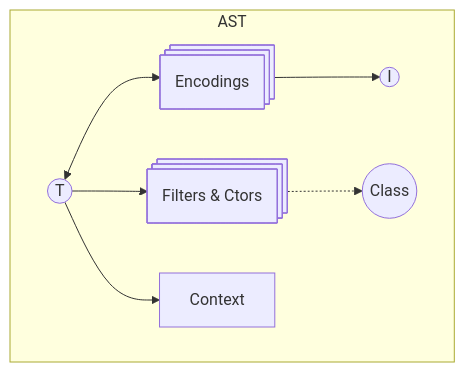
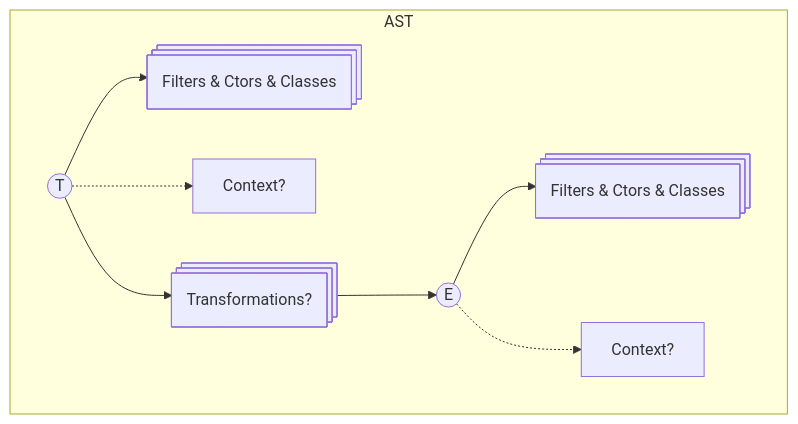
The first of 2 diagrams in SCHEMA.md (Effect-TS/effect-smol), drawn with Mermaid before and after one commit. The commit also changed other lines of this file and 1 other file, not shown here.

````diff
--- a/SCHEMA.md
+++ b/SCHEMA.md
@@ -5,15 +5,16 @@
 ```mermaid
 flowchart TD
   subgraph AST
-    C@{ shape: procs, label: "Filters & Ctors"}
-    A@{ shape: circle, label: "T" }
-    B@{ shape: procs, label: "Encodings"}
-    D@{ shape: circle, label: "I" }
-    E@{ shape: circle, label: "Class" }
-    A --> C
-    A <--> B
-    B --> D
-    C .-> E
-    A --> Context
+    E@{ shape: circle, label: "E" }
+    ModifiersT@{ shape: procs, label: "Filters & Ctors & Classes"}
+    ModifiersE@{ shape: procs, label: "Filters & Ctors & Classes"}
+    Transformations@{ shape: procs, label: "Transformations?"}
+    T@{ shape: circle, label: "T" }
+    T --> ModifiersT
+    T .-> TC[Context?]
+    E --> ModifiersE
+    T --> Transformations
+    E .-> EC[Context?]
+    Transformations --> E
   end
 ```
````
